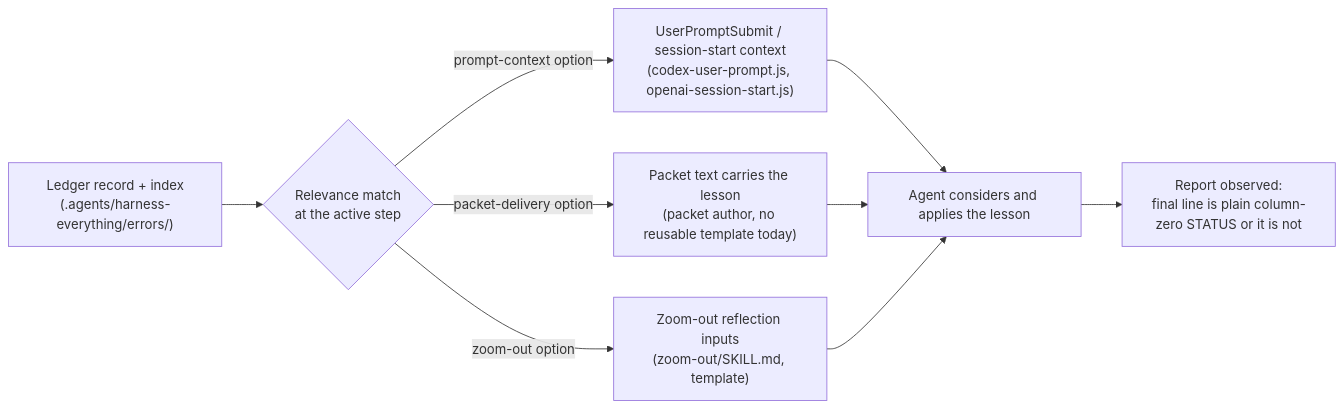
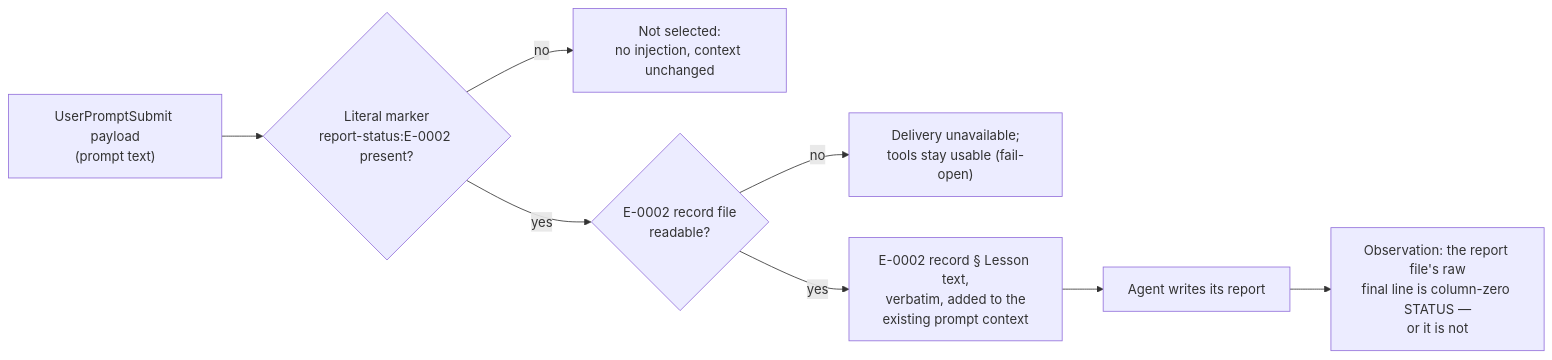
The diagram in docs/adr/ROUTE-001-error-lesson-delivery.md (dyphn1/Harness-everything), drawn with Mermaid before and after one commit. The commit also changed other lines of this file and 1 other file, not shown here.

First line of the commit message:
docs(adr): draft route-001 error lesson delivery

````diff
--- a/docs/adr/ROUTE-001-error-lesson-delivery.md
+++ b/docs/adr/ROUTE-001-error-lesson-delivery.md
@@ -54,11 +56,10 @@
 ```mermaid
 flowchart LR
-  L["Ledger record + index<br/>(.agents/harness-everything/errors/)"] --> M{"Relevance match<br/>at the active step"}
-  M -->|"prompt-context option"| H["UserPromptSubmit / session-start context<br/>(codex-user-prompt.js, openai-session-start.js)"]
-  M -->|"packet-delivery option"| P["Packet text carries the lesson<br/>(packet author, no reusable template today)"]
-  M -->|"zoom-out option"| Z["Zoom-out reflection inputs<br/>(zoom-out/SKILL.md, template)"]
-  H --> A["Agent considers and applies the lesson"]
-  P --> A
-  Z --> A
-  A --> O["Report observed:<br/>final line is plain column-zero STATUS or it is not"]
+  P["UserPromptSubmit payload<br/>(prompt text)"] --> S{"Literal marker<br/>report-status:E-0002 present?"}
+  S -->|"no"| N["Not selected:<br/>no injection, context unchanged"]
+  S -->|"yes"| R{"E-0002 record file<br/>readable?"}
+  R -->|"no"| U["Delivery unavailable;<br/>tools stay usable (fail-open)"]
+  R -->|"yes"| A["E-0002 record § Lesson text,<br/>verbatim, added to the<br/>existing prompt context"]
+  A --> W["Agent writes its report"]
+  W --> O["Observation: the report file's raw<br/>final line is column-zero STATUS —<br/>or it is not"]
 ```
````
